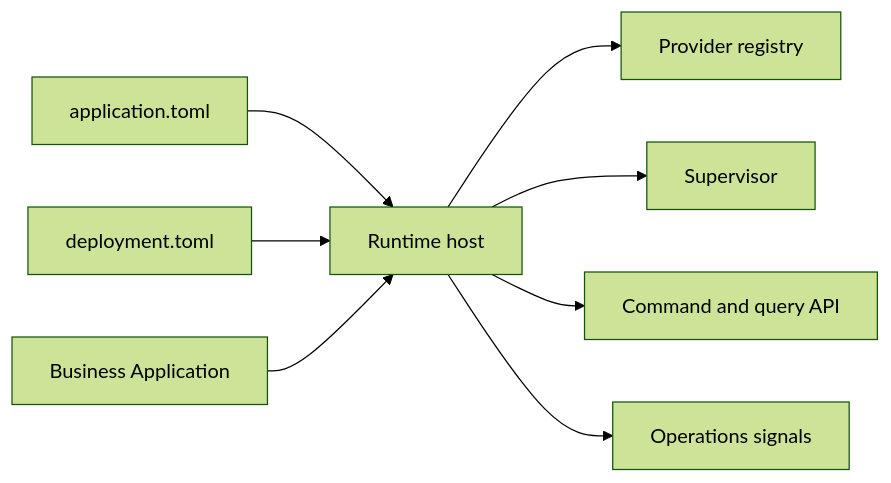
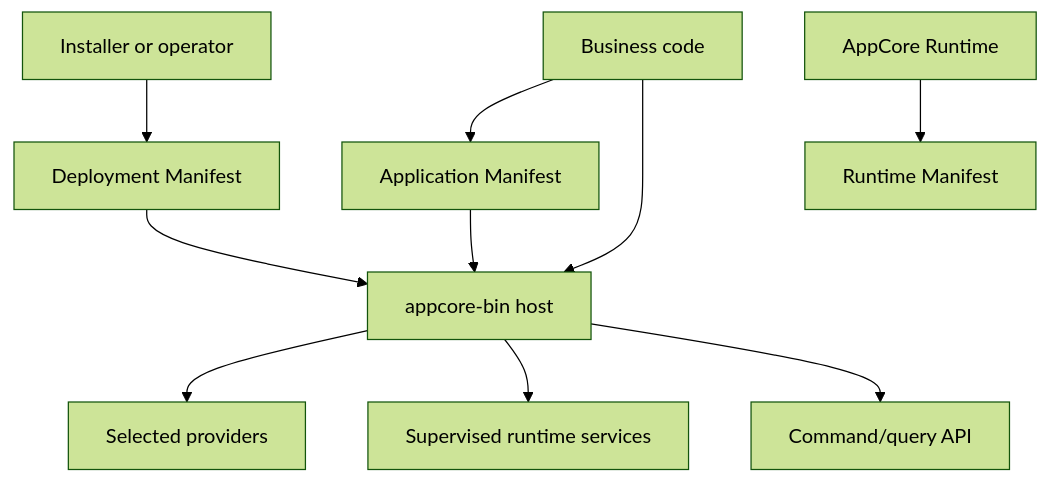
Before and after one commit to dnettoRaw/appcore-wiki: the first of 2 diagrams in docs/en/introduction/what-is-appcore.md, drawn with Mermaid (forest theme). The commit also changed other lines of this file and 341 other files, not shown here.

````diff
--- a/docs/en/introduction/what-is-appcore.md
+++ b/docs/en/introduction/what-is-appcore.md
@@ -32,10 +29,13 @@
 ```mermaid
-flowchart LR
-    A[application.toml] --> H[Runtime host]
-    D[deployment.toml] --> H
-    B[Business Application] --> H
-    H --> P[Provider registry]
-    H --> S[Supervisor]
-    H --> API[Command and query API]
-    H --> O[Operations signals]
+flowchart TB
+    Business[Business code] --> AppManifest[Application Manifest]
+    Operator[Installer or operator] --> DeployManifest[Deployment Manifest]
+    Runtime[AppCore Runtime] --> RuntimeManifest[Runtime Manifest]
+
+    AppManifest --> Host[appcore-bin host]
+    DeployManifest --> Host
+    Business --> Host
+    Host --> Providers[Selected providers]
+    Host --> Services[Supervised runtime services]
+    Host --> API[Command/query API]
 ```
````
